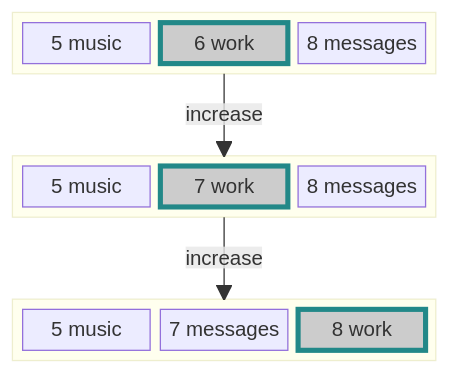
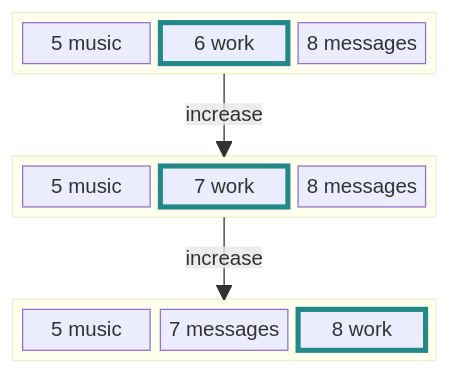
The sixth of 10 diagrams in README.md (berezowski/swaymsg_workspace), drawn with Mermaid before and after one commit. The commit also changed other lines of this file, not shown here.

````diff
--- a/README.md
+++ b/README.md
@@ -175,26 +175,26 @@
 ```mermaid
 block-beta
   columns 3
   block:a:3
     A["5 music"]
     B["6 work"]
     C["8 messages"]
   end
   space:3
   block:b:3
     D["5 music"]
     E["7 work"]
     F["8 messages"]
   end
   space:3
   block:c:3
     G["5 music"]
     H["7 messages"]
     I["8 work"]
   end
   a -- "increase"--> b
   b -- "increase"--> c
-  style B fill:#ccc,stroke:#288,stroke-width:4px,color:#000
-  style E fill:#ccc,stroke:#288,stroke-width:4px,color:#000
-  style I fill:#ccc,stroke:#288,stroke-width:4px,color:#000
+  style B stroke:#288,stroke-width:4px
+  style E stroke:#288,stroke-width:4px
+  style I stroke:#288,stroke-width:4px
 ```
````
